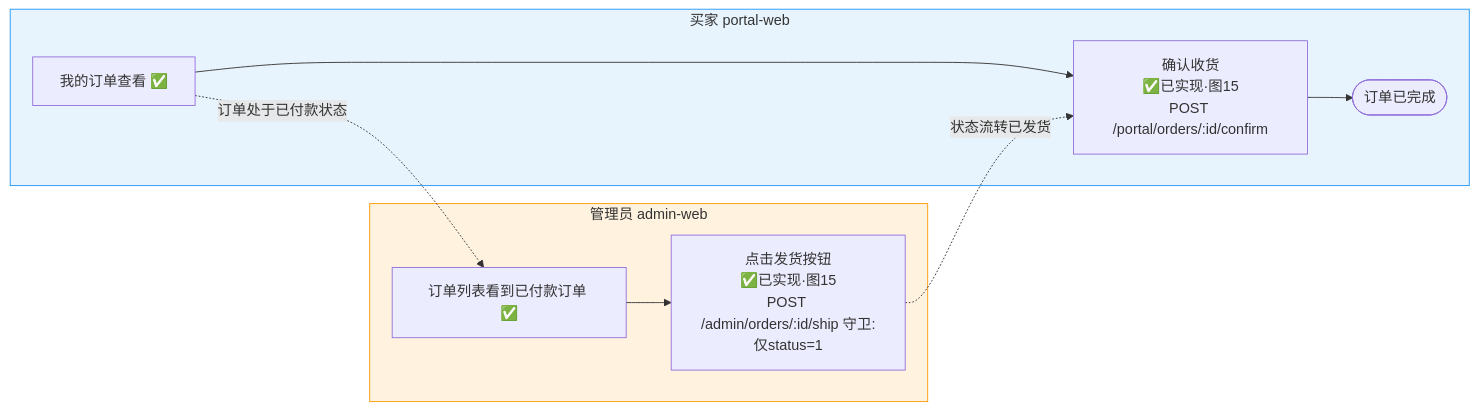
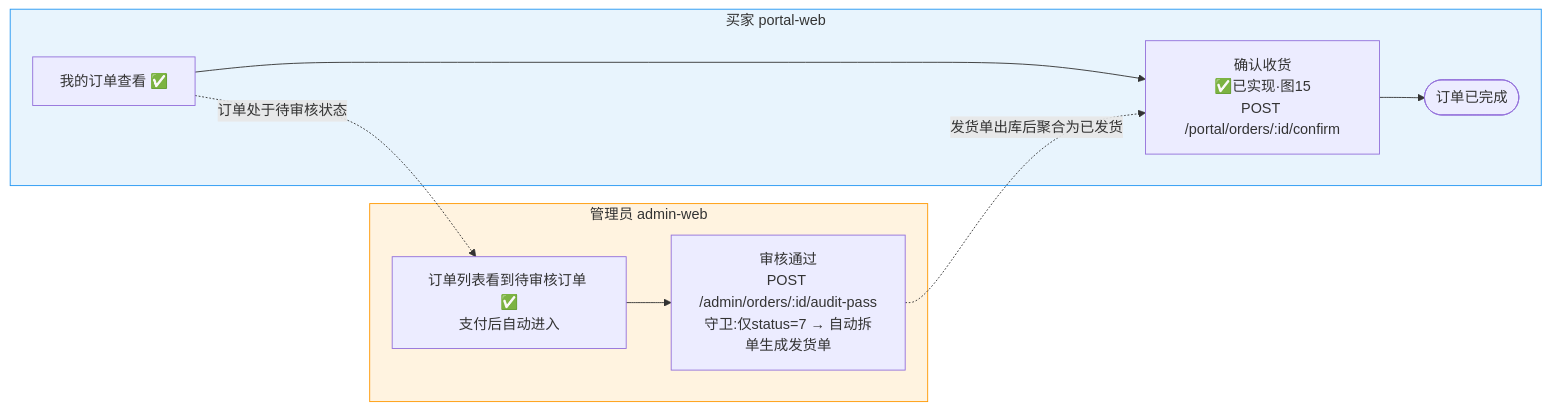
One commit to zzy-repo/qiqi-mall changed the diagram in docs/flows/02-业务场景/5-场景3-订单履约.mmd. Above: the diagram before and after it, drawn with Mermaid. The commit also changed 7 other files, not shown here.

Commit message:
docs: 状态机/场景图文案对齐口径②（支付后直接进待审核，1已付款为瞬时态）+ 走查脚本预期同步 + 三张图重渲染

```diff
--- a/docs/flows/02-业务场景/5-场景3-订单履约.mmd
+++ b/docs/flows/02-业务场景/5-场景3-订单履约.mmd
@@ -1,12 +1,12 @@
 flowchart LR
     subgraph Buyer[买家 portal-web]
         B1[我的订单查看 ✅] --> B2[确认收货<br/>✅已实现·图15<br/>POST /portal/orders/:id/confirm]
         B2 --> Done3([订单已完成])
     end
     subgraph Admin[管理员 admin-web]
-        A1[订单列表看到已付款订单 ✅] --> A2[点击发货按钮<br/>✅已实现·图15<br/>POST /admin/orders/:id/ship 守卫:仅status=1]
+        A1[订单列表看到待审核订单 ✅<br/>支付后自动进入] --> A2[审核通过<br/>POST /admin/orders/:id/audit-pass<br/>守卫:仅status=7 → 自动拆单生成发货单]
     end
-    B1 -.订单处于已付款状态.-> A1
-    A2 -.状态流转已发货.-> B2
+    B1 -.订单处于待审核状态.-> A1
+    A2 -.发货单出库后聚合为已发货.-> B2
     style Admin fill:#fff3e0,stroke:#ff9800
     style Buyer fill:#e8f4fd,stroke:#2196f3
```
